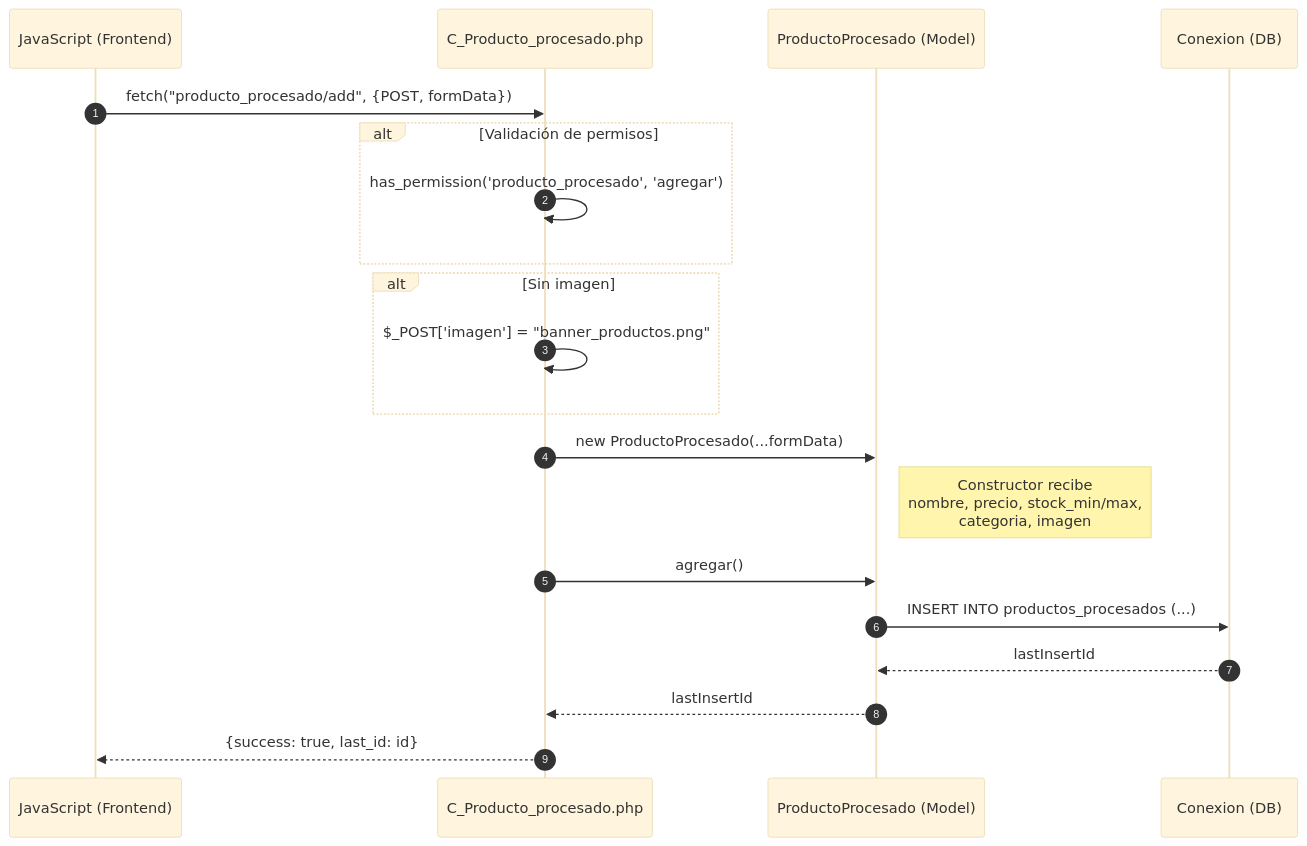
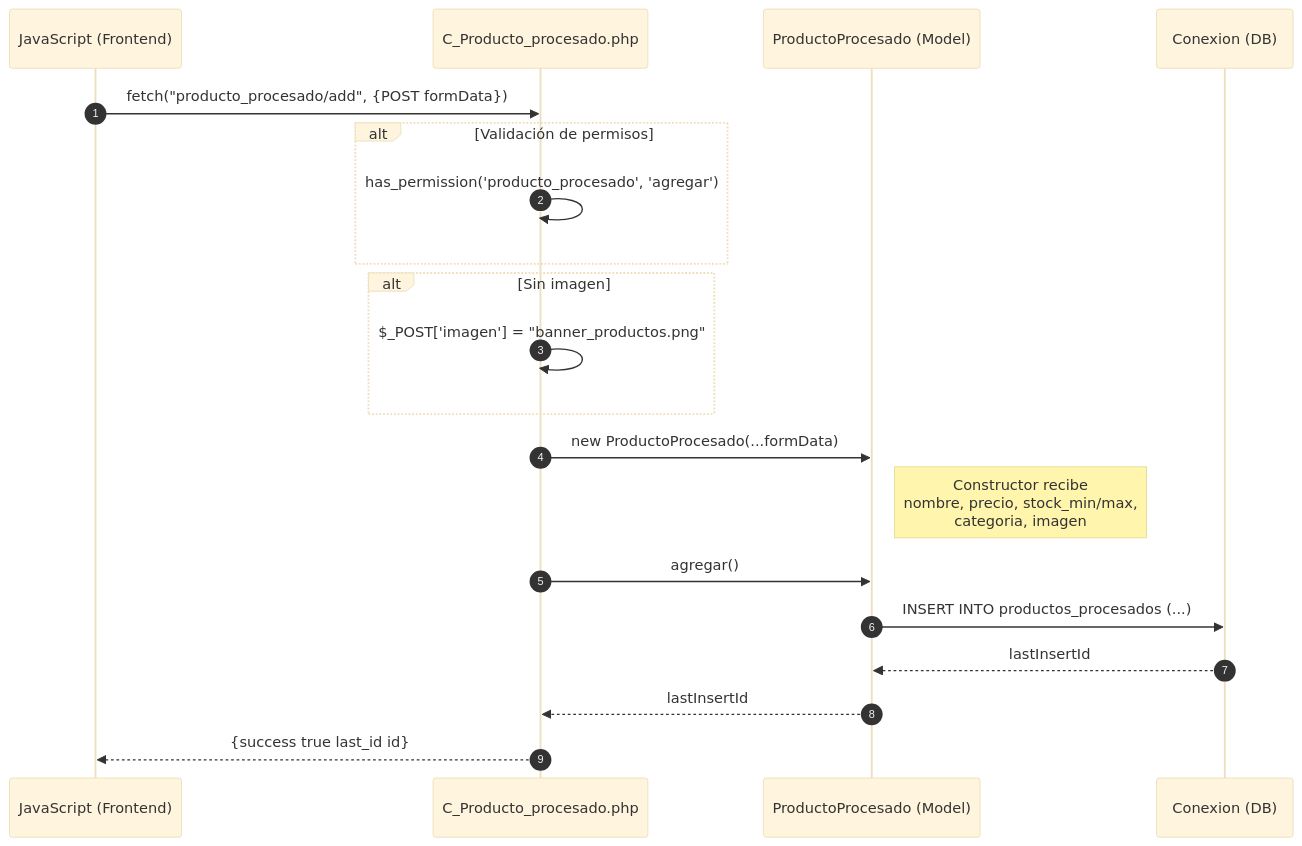
Before and after one commit to Tecrato/BurgerHouse: the first of 6 diagrams in docs/secuencia/productos/producto_procesado.md, drawn with Mermaid (base theme). The commit also changed other lines of this file and 13 other files, not shown here.

Commit message:
diagramas de secuencia

````diff
--- a/docs/secuencia/productos/producto_procesado.md
+++ b/docs/secuencia/productos/producto_procesado.md
@@ -5,28 +5,28 @@
 ```mermaid
 sequenceDiagram
     autonumber
     participant JS as JavaScript (Frontend)
     participant C_PP as C_Producto_procesado.php
     participant ProductoProcesado as ProductoProcesado (Model)
     participant DB as Conexion (DB)
     
-    JS->>C_PP: fetch("producto_procesado/add", {POST, formData})
+    JS->>C_PP: fetch("producto_procesado/add", {POST formData})
     
     alt Validación de permisos
         C_PP->>C_PP: has_permission('producto_procesado', 'agregar')
     end
     
     alt Sin imagen
         C_PP->>C_PP: $_POST['imagen'] = "banner_productos.png"
     end
     
     C_PP->>ProductoProcesado: new ProductoProcesado(...formData)
     Note right of ProductoProcesado: Constructor recibe<br/>nombre, precio, stock_min/max,<br/>categoria, imagen
     
     C_PP->>ProductoProcesado: agregar()
     ProductoProcesado->>DB: INSERT INTO productos_procesados (...)
     DB-->>ProductoProcesado: lastInsertId
     ProductoProcesado-->>C_PP: lastInsertId
     
-    C_PP-->>JS: {success: true, last_id: id}
+    C_PP-->>JS: {success true last_id id}
 ```
````
